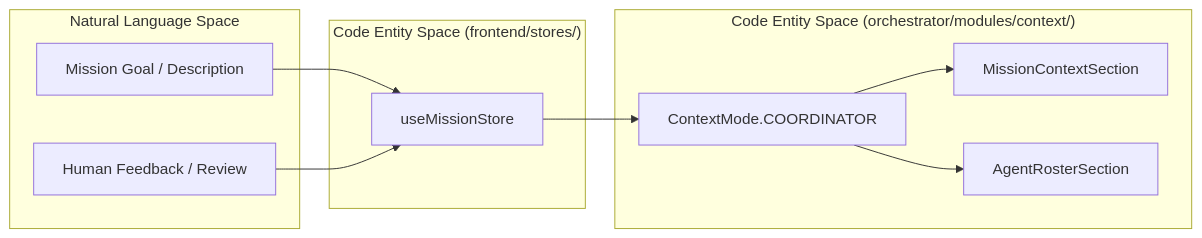
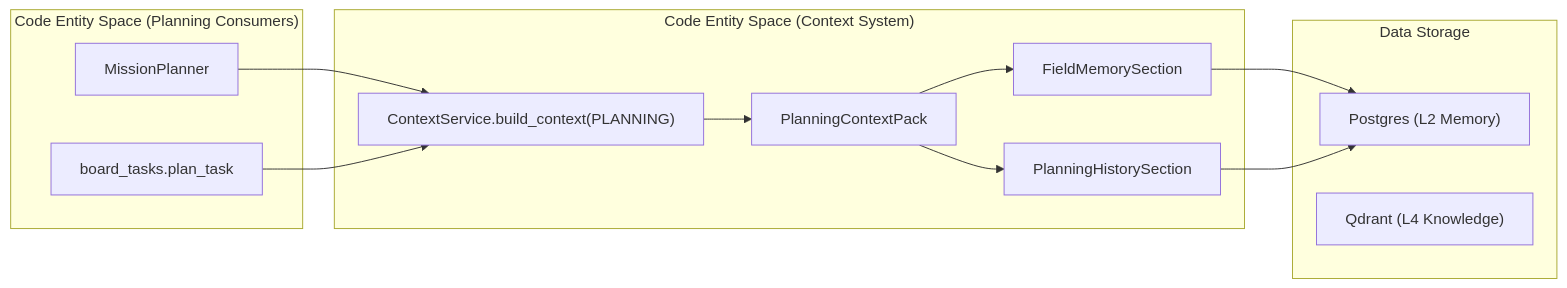
Before and after one commit to AutomatosAI/automatos-ai: the second of 2 diagrams in docs/context-service/migration-integration.md, drawn with Mermaid. The commit also changed other lines of this file and 191 other files, not shown here.

````diff
--- a/docs/context-service/migration-integration.md
+++ b/docs/context-service/migration-integration.md
@@ -131,23 +111,27 @@
 ```mermaid
 graph LR
-    subgraph "Natural Language Space"
-        Goal["Mission Goal / Description"]
-        Feedback["Human Feedback / Review"]
+    subgraph "Code Entity Space (Planning Consumers)"
+        MP["MissionPlanner"]
+        BT["board_tasks.plan_task"]
     end
 
-    subgraph "Code Entity Space (orchestrator/modules/context/)"
-        CoordMode["ContextMode.COORDINATOR"]
-        MissionCtx["MissionContextSection"]
-        AgentRoster["AgentRosterSection"]
+    subgraph "Code Entity Space (Context System)"
+        Svc["ContextService.build_context(PLANNING)"]
+        Pack["PlanningContextPack"]
+        FM["FieldMemorySection"]
+        PH["PlanningHistorySection"]
     end
 
-    subgraph "Code Entity Space (frontend/stores/)"
-        MissionStore["useMissionStore"]
+    subgraph "Data Storage"
+        L2["Postgres (L2 Memory)"]
+        RAG["Qdrant (L4 Knowledge)"]
     end
 
-    Goal --> MissionStore
-    MissionStore --> CoordMode
-    CoordMode --> MissionCtx
-    CoordMode --> AgentRoster
-    Feedback --> MissionStore
+    MP --> Svc
+    BT --> Svc
+    Svc --> Pack
+    Pack --> FM
+    Pack --> PH
+    FM --> L2
+    PH --> L2
 ```
````
